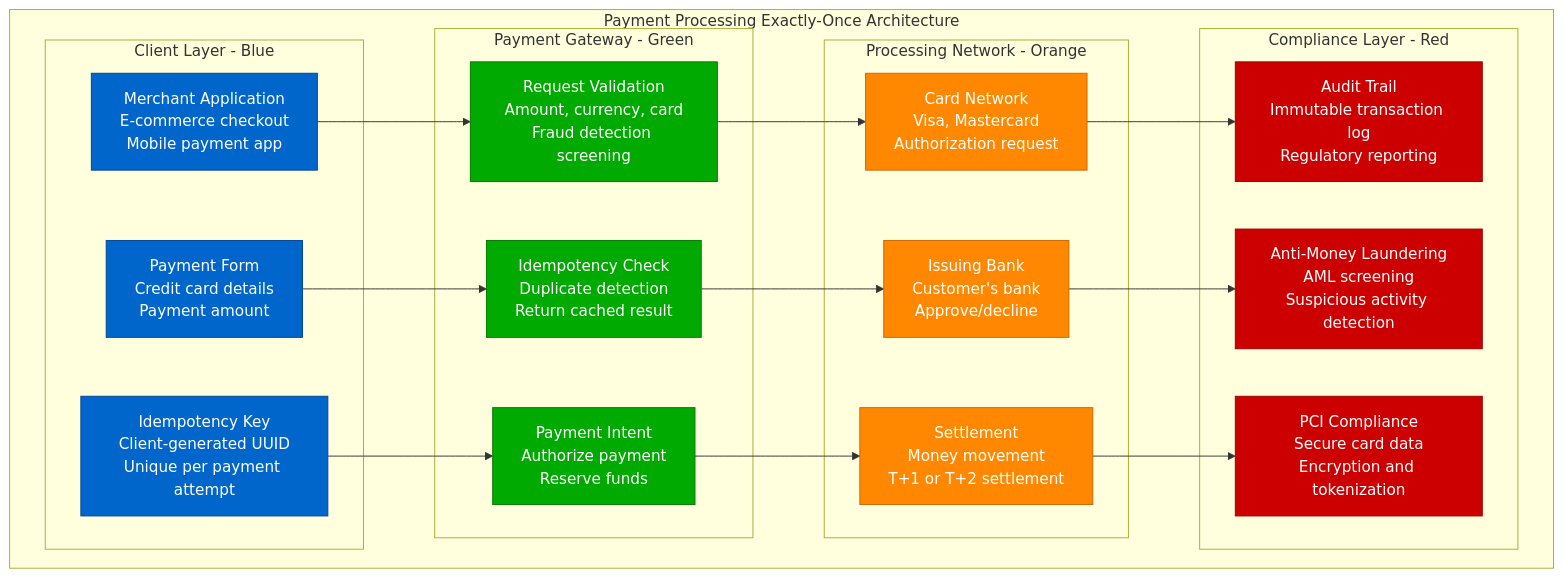
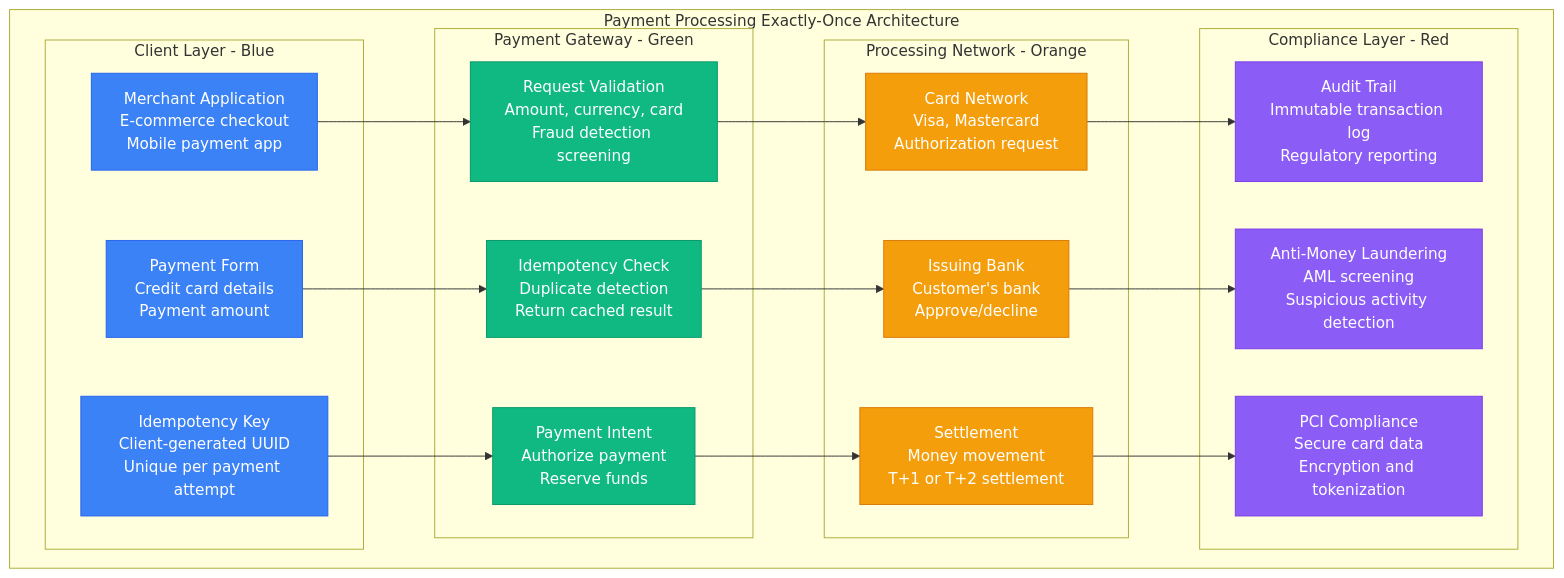
The first of 9 diagrams in site/docs/guarantees/exactly-once/exactly-once-payment.md (deepaucksharma/DS), drawn with Mermaid before and after one commit. The commit also changed other lines of this file and 303 other files, not shown here.

````diff
--- a/site/docs/guarantees/exactly-once/exactly-once-payment.md
+++ b/site/docs/guarantees/exactly-once/exactly-once-payment.md
@@ -9,52 +9,52 @@
 ```mermaid
 graph TB
     subgraph PaymentArchitecture[Payment Processing Exactly-Once Architecture]
         subgraph ClientLayer[Client Layer - Blue]
             CL1[Merchant Application<br/>E-commerce checkout<br/>Mobile payment app]
             CL2[Payment Form<br/>Credit card details<br/>Payment amount]
             CL3[Idempotency Key<br/>Client-generated UUID<br/>Unique per payment attempt]
         end
 
         subgraph PaymentGateway[Payment Gateway - Green]
             PG1[Request Validation<br/>Amount, currency, card<br/>Fraud detection screening]
             PG2[Idempotency Check<br/>Duplicate detection<br/>Return cached result]
             PG3[Payment Intent<br/>Authorize payment<br/>Reserve funds]
         end
 
         subgraph ProcessingNetwork[Processing Network - Orange]
             PN1[Card Network<br/>Visa, Mastercard<br/>Authorization request]
             PN2[Issuing Bank<br/>Customer's bank<br/>Approve/decline]
             PN3[Settlement<br/>Money movement<br/>T+1 or T+2 settlement]
         end
 
         subgraph ComplianceLayer[Compliance Layer - Red]
             CompL1[Audit Trail<br/>Immutable transaction log<br/>Regulatory reporting]
             CompL2[Anti-Money Laundering<br/>AML screening<br/>Suspicious activity detection]
             CompL3[PCI Compliance<br/>Secure card data<br/>Encryption and tokenization]
         end
     end
 
     %% Flow connections
     CL1 --> PG1
     CL2 --> PG2
     CL3 --> PG3
 
     PG1 --> PN1
     PG2 --> PN2
     PG3 --> PN3
 
     PN1 --> CompL1
     PN2 --> CompL2
     PN3 --> CompL3
 
     %% Apply 4-plane colors
-    classDef clientStyle fill:#0066CC,stroke:#004499,color:#fff
-    classDef gatewayStyle fill:#00AA00,stroke:#007700,color:#fff
-    classDef networkStyle fill:#FF8800,stroke:#CC6600,color:#fff
-    classDef complianceStyle fill:#CC0000,stroke:#990000,color:#fff
+    classDef clientStyle fill:#3B82F6,stroke:#2563EB,color:#fff
+    classDef gatewayStyle fill:#10B981,stroke:#059669,color:#fff
+    classDef networkStyle fill:#F59E0B,stroke:#D97706,color:#fff
+    classDef complianceStyle fill:#8B5CF6,stroke:#7C3AED,color:#fff
 
     class CL1,CL2,CL3 clientStyle
     class PG1,PG2,PG3 gatewayStyle
     class PN1,PN2,PN3 networkStyle
     class CompL1,CompL2,CompL3 complianceStyle
 ```
````
